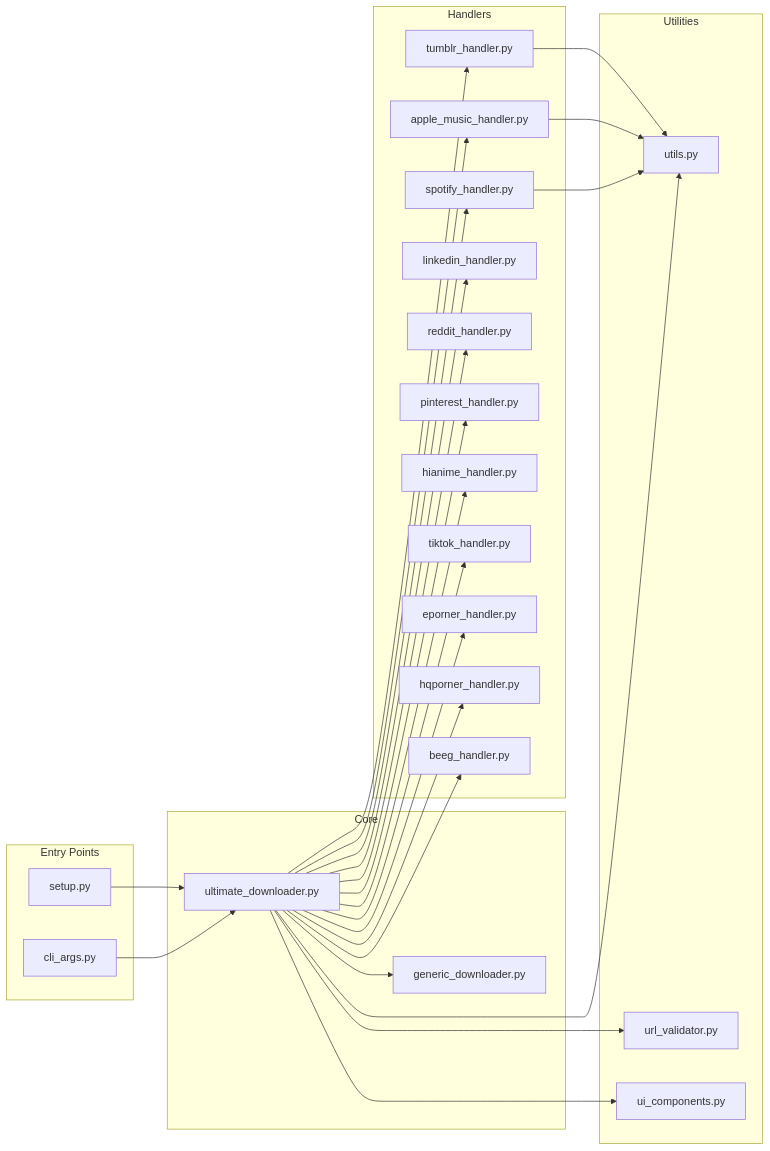
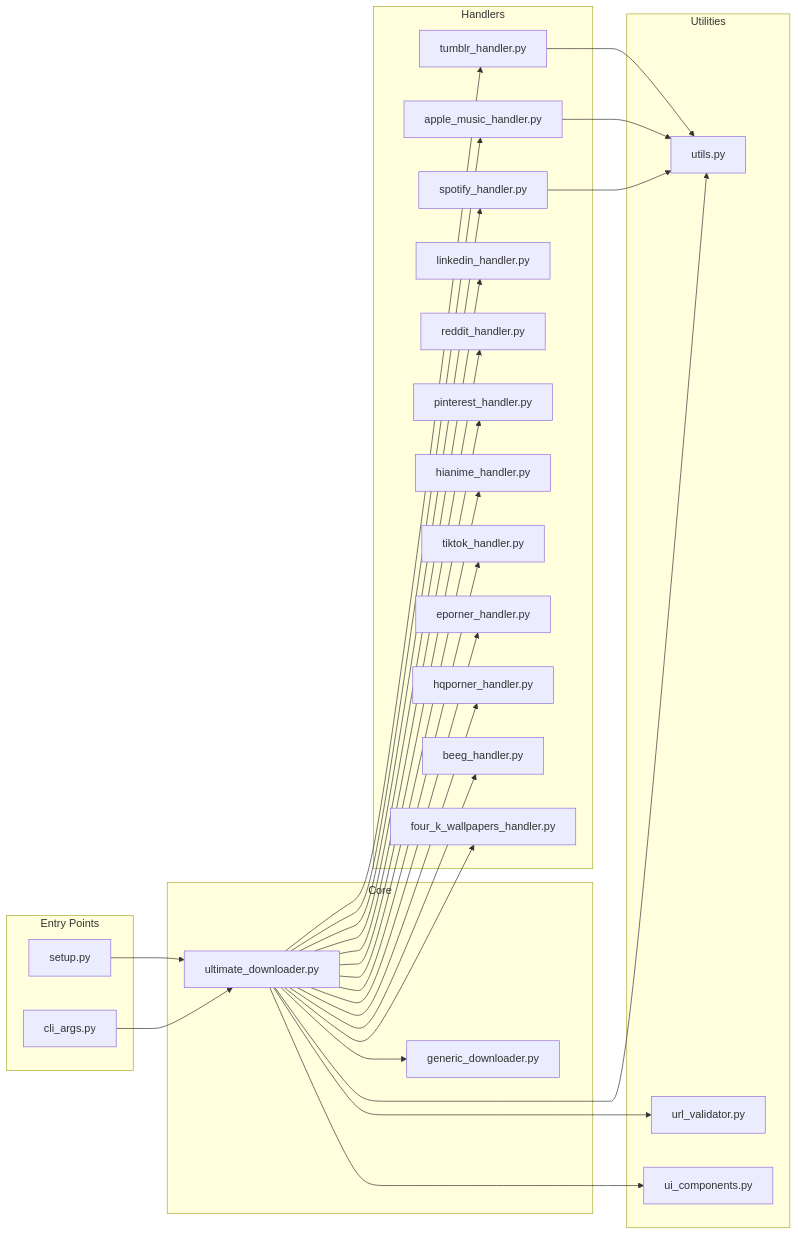
Before and after one commit to NK2552003/ULTIMATE-MEDIA-DOWNLOADER: the second of 2 diagrams in documentations/FILE_STRUCTURE.md, drawn with Mermaid. The commit also changed other lines of this file and 10 other files, not shown here.

First line of the commit message:
feat: Update to version 2.2.0 with new 4K Wallpapers Handler

````diff
--- a/documentations/FILE_STRUCTURE.md
+++ b/documentations/FILE_STRUCTURE.md
@@ -352,53 +354,55 @@
 ```mermaid
 graph LR
     subgraph "Entry Points"
         CLI[cli_args.py]
         SETUP[setup.py]
     end
 
     subgraph "Core"
         MAIN[ultimate_downloader.py]
         GENERIC[generic_downloader.py]
     end
 
     subgraph "Handlers"
         SPOTIFY[spotify_handler.py]
         APPLE[apple_music_handler.py]
         TUMBLR[tumblr_handler.py]
         LINKEDIN[linkedin_handler.py]
         REDDIT[reddit_handler.py]
         PINTEREST[pinterest_handler.py]
         HIANIME[hianime_handler.py]
         TIKTOK[tiktok_handler.py]
         EPORNER[eporner_handler.py]
         HQPORNER[hqporner_handler.py]
         BEEG[beeg_handler.py]
+        WALLPAPER[four_k_wallpapers_handler.py]
     end
 
     subgraph "Utilities"
         UTILS[utils.py]
         URL_VAL[url_validator.py]
         UI_COMP[ui_components.py]
     end
 
     CLI --> MAIN
     SETUP --> MAIN
     MAIN --> GENERIC
     MAIN --> SPOTIFY
     MAIN --> APPLE
     MAIN --> TUMBLR
     MAIN --> LINKEDIN
     MAIN --> REDDIT
     MAIN --> PINTEREST
     MAIN --> HIANIME
     MAIN --> TIKTOK
     MAIN --> EPORNER
     MAIN --> HQPORNER
     MAIN --> BEEG
+    MAIN --> WALLPAPER
     MAIN --> UTILS
     MAIN --> URL_VAL
     MAIN --> UI_COMP
     SPOTIFY --> UTILS
     APPLE --> UTILS
     TUMBLR --> UTILS
 ```
````
